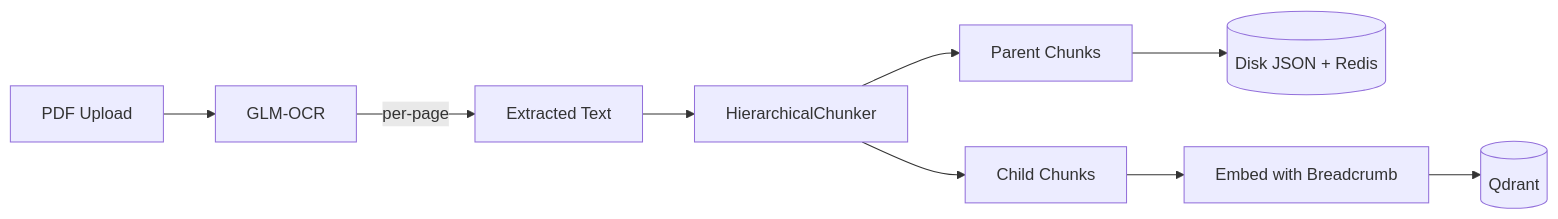
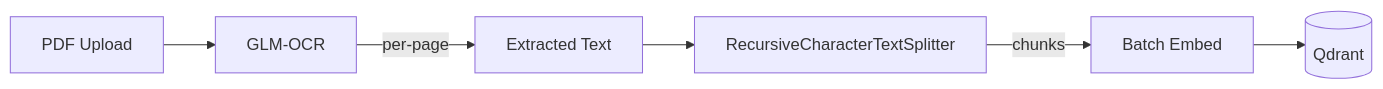
Before and after one commit to ksmalnang/PASsistant_Recursive: the second of 2 diagrams in docs/retrieval-pipeline.md, drawn with Mermaid. The commit also changed other lines of this file and 37 other files, not shown here.

````diff
--- a/docs/retrieval-pipeline.md
+++ b/docs/retrieval-pipeline.md
@@ -64,11 +63,8 @@
 ```mermaid
 flowchart LR
     PDF[PDF Upload] --> OCR[GLM-OCR]
     OCR -->|per-page| Text[Extracted Text]
-    Text --> Chunker[HierarchicalChunker]
-    Chunker --> Parents[Parent Chunks]
-    Chunker --> Children[Child Chunks]
-    Parents --> Disk[(Disk JSON + Redis)]
-    Children --> Embed[Embed with Breadcrumb]
+    Text --> Split[RecursiveCharacterTextSplitter]
+    Split -->|chunks| Embed[Batch Embed]
     Embed --> Qdrant[(Qdrant)]
 ```
````
